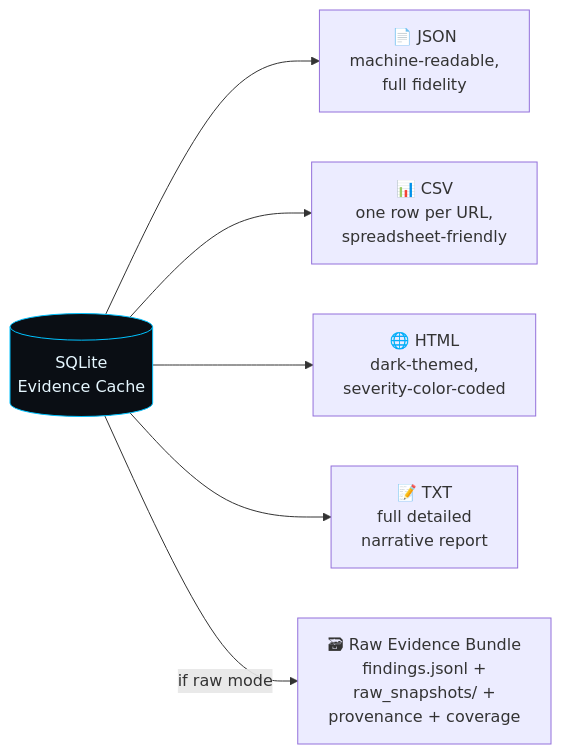
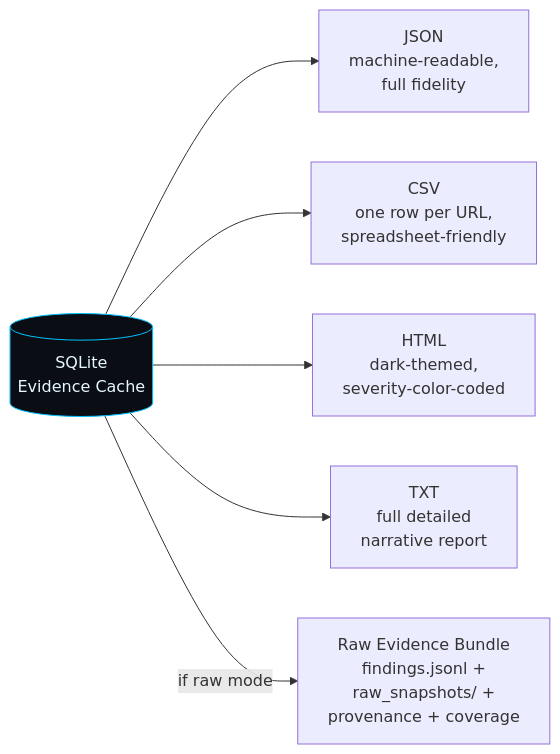
Diagram 15 of 21 in README.md (sylhetyhackvenger/STRATASCAN), drawn with Mermaid before and after one commit. The commit also changed other lines of this file, not shown here.

````diff
--- a/README.md
+++ b/README.md
@@ -1097,10 +1077,10 @@
 ```mermaid
 flowchart LR
-    DB[("SQLite\nEvidence Cache")] --> J["📄 JSON\nmachine-readable,\nfull fidelity"]
-    DB --> C["📊 CSV\none row per URL,\nspreadsheet-friendly"]
-    DB --> H["🌐 HTML\ndark-themed,\nseverity-color-coded"]
-    DB --> T["📝 TXT\nfull detailed\nnarrative report"]
-    DB -->|if raw mode| R["🗃 Raw Evidence Bundle\nfindings.jsonl +\nraw_snapshots/ +\nprovenance + coverage"]
+    DB[("SQLite<br/>Evidence Cache")] --> J["JSON<br/>machine-readable,<br/>full fidelity"]
+    DB --> C["CSV<br/>one row per URL,<br/>spreadsheet-friendly"]
+    DB --> H["HTML<br/>dark-themed,<br/>severity-color-coded"]
+    DB --> T["TXT<br/>full detailed<br/>narrative report"]
+    DB -->|if raw mode| R["Raw Evidence Bundle<br/>findings.jsonl +<br/>raw_snapshots/ +<br/>provenance + coverage"]
 
     style DB fill:#0a0e14,stroke:#00c2ff,color:#e6f7ff
 ```
````
